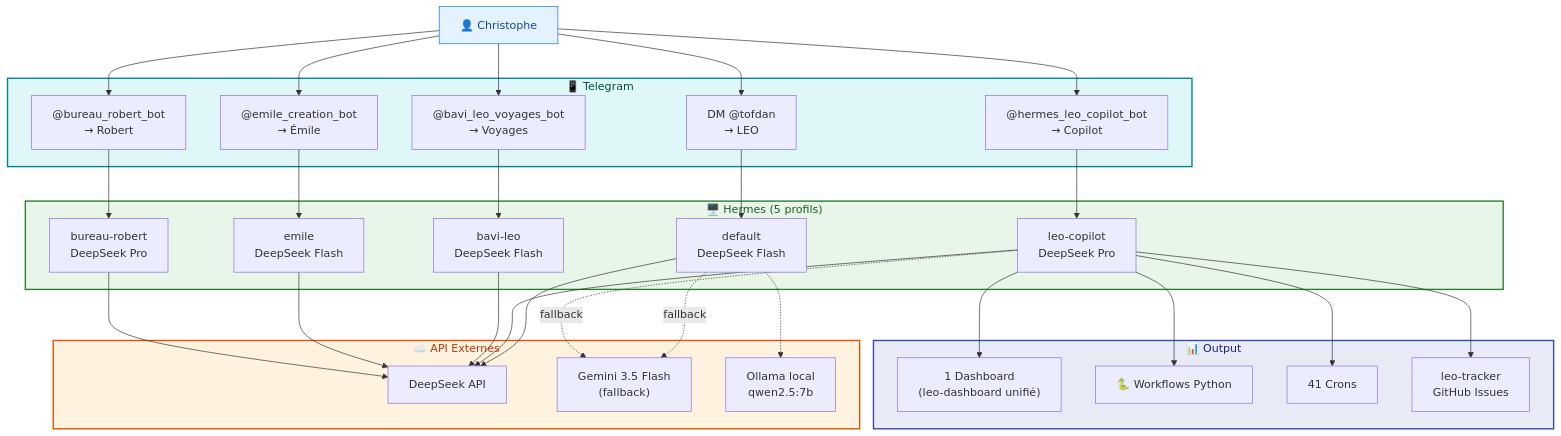
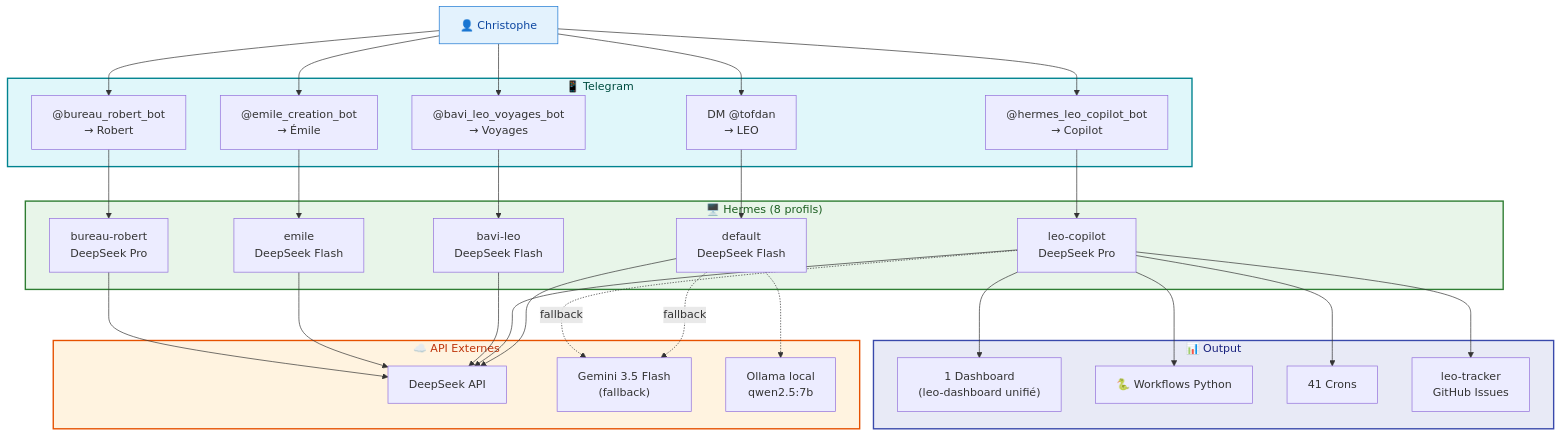
The fifth of 5 diagrams in docs/hermes/architecture-communication.md (christophedanhier-hash/hermes-wiki), drawn with Mermaid before and after one commit. The commit also changed other lines of this file and 17 other files, not shown here.

````diff
--- a/docs/hermes/architecture-communication.md
+++ b/docs/hermes/architecture-communication.md
@@ -209,66 +209,66 @@
 ```mermaid
 flowchart TB
     User["👤 Christophe"]
 
     subgraph TELEGRAM["📱 Telegram"]
         DM["DM @tofdan<br/>→ LEO"]
         COP["@hermes_leo_copilot_bot<br/>→ Copilot"]
         VOY["@bavi_leo_voyages_bot<br/>→ Voyages"]
         EMI["@emile_creation_bot<br/>→ Émile"]
         ROB["@bureau_robert_bot<br/>→ Robert"]
     end
 
-    subgraph HERMES["🖥️ Hermes (5 profils)"]
+    subgraph HERMES["🖥️ Hermes (8 profils)"]
         DEF["default<br/>DeepSeek Flash"]
         LCP["leo-copilot<br/>DeepSeek Pro"]
         BAV["bavi-leo<br/>DeepSeek Flash"]
         EMILE["emile<br/>DeepSeek Flash"]
         BUR["bureau-robert<br/>DeepSeek Pro"]
     end
 
     subgraph API["☁️ API Externes"]
         DS["DeepSeek API"]
         GEM["Gemini 3.5 Flash<br/>(fallback)"]
         OLL["Ollama local<br/>qwen2.5:7b"]
     end
 
     subgraph OUTPUT["📊 Output"]
         DASH["1 Dashboard<br/>(leo-dashboard unifié)"]
         WFL["🐍 Workflows Python"]
         CRON["41 Crons"]
         ISSUES["leo-tracker<br/>GitHub Issues"]
     end
 
     User --> DM
     User --> COP
     User --> VOY
     User --> EMI
     User --> ROB
 
     DM --> DEF
     COP --> LCP
     VOY --> BAV
     EMI --> EMILE
     ROB --> BUR
 
     DEF --> DS
     LCP --> DS
     BAV --> DS
     EMILE --> DS
     BUR --> DS
 
     DEF -.->|"fallback"| GEM
     DEF -.-> OLL
     LCP -.->|"fallback"| GEM
 
     LCP --> DASH
     LCP --> WFL
     LCP --> CRON
     LCP --> ISSUES
 
     style User fill:#e3f2fd,stroke:#1976d2,color:#0d47a1
     style TELEGRAM fill:#e0f7fa,stroke:#00838f,stroke-width:2px,color:#004d40
     style HERMES fill:#e8f5e9,stroke:#2e7d32,stroke-width:2px,color:#1b5e20
     style API fill:#fff3e0,stroke:#e65100,stroke-width:2px,color:#bf360c
     style OUTPUT fill:#e8eaf6,stroke:#3949ab,stroke-width:2px,color:#1a237e
 ```
````
